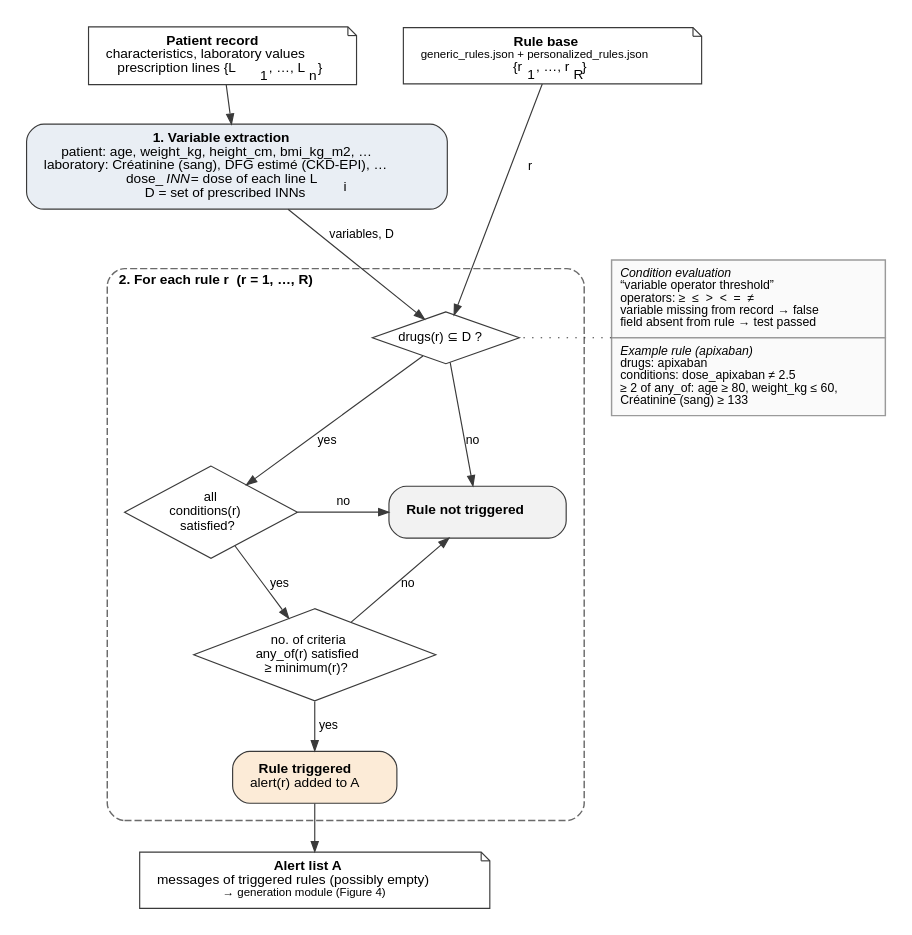
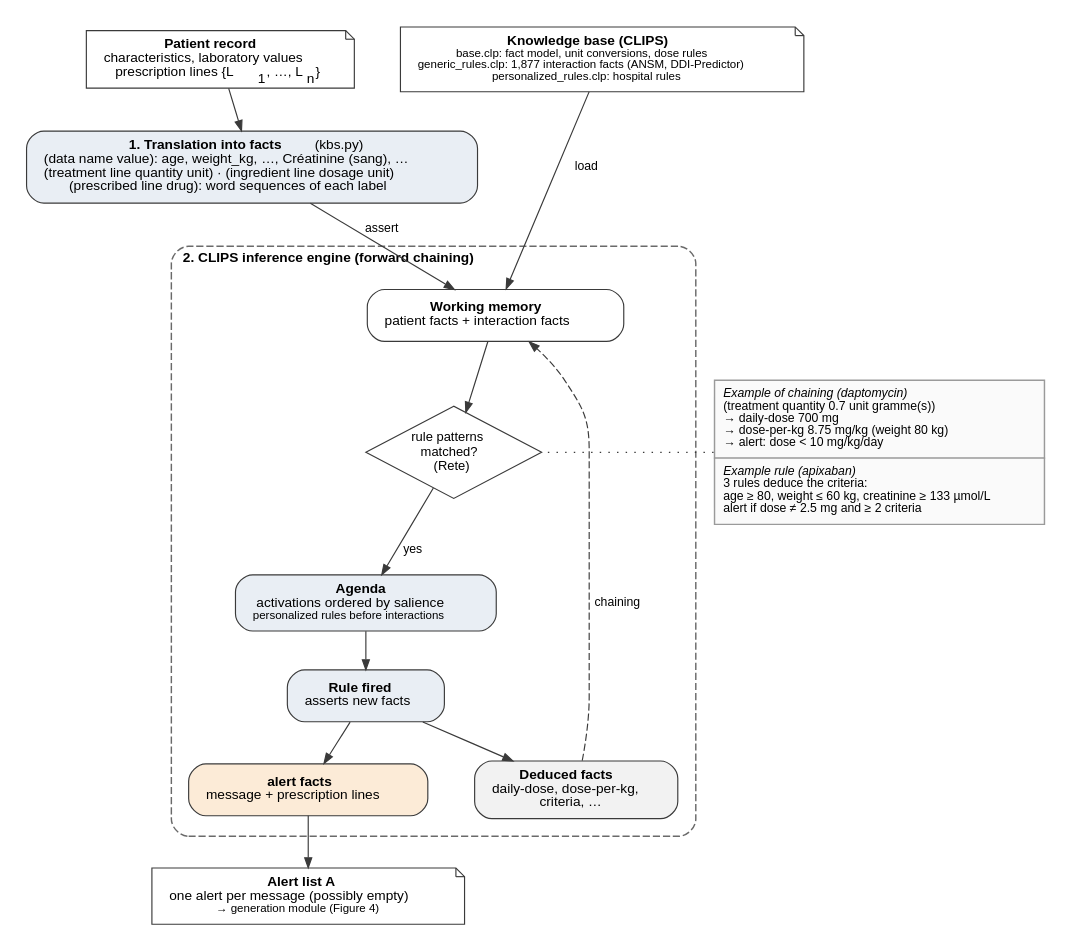
One commit to naikenisen/projet_pui changed the diagram in paper/figures_en/figure_3.dot. Above: the diagram before and after it, drawn with Graphviz. The commit also changed 81 other files, not shown here.

```diff
--- a/paper/figures_en/figure_3.dot
+++ b/paper/figures_en/figure_3.dot
@@ -1,49 +1,47 @@
-// Figure 3 : système à base de connaissances (kbs.py) ; export : dot -Tpdf figure_3.dot -o figure_3.pdf
+// Figure 3 : système à base de connaissances (kbs.py, moteur CLIPS) ; export : dot -Tpdf figure_3.dot -o figure_3.pdf
 digraph kbs {
     graph [rankdir=TB, fontname="Helvetica", fontsize=10, nodesep=0.45, ranksep=0.35, pad=0.15, newrank=true];
     node  [fontname="Helvetica", fontsize=9.5, color="#3A3A3A", penwidth=0.8,
            shape=box, style="rounded,filled", fillcolor="#E9EEF4", margin="0.16,0.08"];
     edge  [fontname="Helvetica", fontsize=8.5, color="#3A3A3A", arrowsize=0.7, penwidth=0.8];
 
     record [shape=note, style=filled, fillcolor="#FFFFFF", label=<<B>Patient record</B><BR/>characteristics, laboratory values<BR/>prescription lines {L<SUB>1</SUB>, …, L<SUB>n</SUB>}>];
-    rules [shape=note, style=filled, fillcolor="#FFFFFF", label=<<B>Rule base</B><BR/><FONT POINT-SIZE="8.5">generic_rules.json + personalized_rules.json</FONT><BR/>{r<SUB>1</SUB>, …, r<SUB>R</SUB>}>];
+    rules [shape=note, style=filled, fillcolor="#FFFFFF", label=<<B>Knowledge base (CLIPS)</B><BR/><FONT POINT-SIZE="8.5">base.clp: fact model, unit conversions, dose rules<BR/>generic_rules.clp: 1,877 interaction facts (ANSM, DDI-Predictor)<BR/>personalized_rules.clp: hospital rules</FONT>>];
     { rank=same; record; rules; }
 
-    variables [label=<<B>1. Variable extraction</B><BR/>patient: age, weight_kg, height_cm, bmi_kg_m2, …<BR/>laboratory: Créatinine (sang), DFG estimé (CKD-EPI), …<BR/>dose_<I>INN</I> = dose of each line L<SUB>i</SUB><BR/>D = set of prescribed INNs>];
+    facts [label=<<B>1. Translation into facts</B> (kbs.py)<BR/>(data name value): age, weight_kg, …, Créatinine (sang), …<BR/>(treatment line quantity unit) · (ingredient line dosage unit)<BR/>(prescribed line drug): word sequences of each label>];
 
-    subgraph cluster_rules {
-        label=<<B>2. For each rule r  (r = 1, …, R)</B>>;
+    subgraph cluster_engine {
+        label=<<B>2. CLIPS inference engine (forward chaining)</B>>;
         labeljust=l; fontsize=9.5; style="dashed,rounded"; color="#6A6A6A"; margin=12;
 
-        node [shape=diamond, style=filled, fillcolor="#FFFFFF", margin="0.02,0.02", fontsize=9];
-        t1 [label=<drugs(r) ⊆ D ?>];
-        t2 [label=<all<BR/>conditions(r)<BR/>satisfied?>];
-        t3 [label=<no. of criteria<BR/>any_of(r) satisfied<BR/>≥ minimum(r)?>];
+        memory [fillcolor="#FFFFFF", label=<<B>Working memory</B><BR/>patient facts + interaction facts>];
+        match [shape=diamond, style=filled, fillcolor="#FFFFFF", margin="0.02,0.02", fontsize=9, label=<rule patterns<BR/>matched?<BR/>(Rete)>];
+        agenda [label=<<B>Agenda</B><BR/>activations ordered by salience<BR/><FONT POINT-SIZE="8.5">personalized rules before interactions</FONT>>];
+        fire [label=<<B>Rule fired</B><BR/>asserts new facts>];
+        derived [fillcolor="#F2F2F2", label=<<B>Deduced facts</B><BR/>daily-dose, dose-per-kg,<BR/>criteria, …>];
+        alert [fillcolor="#FCEBD7", label=<<B>alert facts</B><BR/>message + prescription lines>];
 
-        node [shape=box, style="rounded,filled", margin="0.16,0.08", fontsize=9.5];
-        alert [fillcolor="#FCEBD7", label=<<B>Rule triggered</B><BR/>alert(r) added to A>];
-        rejected  [fillcolor="#F2F2F2", label=<<B>Rule not triggered</B>>];
-
-        t1 -> t2 [label=" yes"];
-        t2 -> t3 [label=" yes"];
-        t3 -> alert [label=" yes"];
-        t1 -> rejected [label="no"];
-        t2 -> rejected [label="no"];
-        t3 -> rejected [label="no"];
-        { rank=same; t2; rejected; }
+        memory -> match;
+        match -> agenda [label=" yes"];
+        agenda -> fire;
+        fire -> derived;
+        fire -> alert;
+        derived -> memory [style=dashed, label=" chaining"];
+        { rank=same; derived; alert; }
     }
 
-    syntax [shape=plain, fontsize=8.5, label=<<TABLE BORDER="0" CELLBORDER="1" CELLSPACING="0" CELLPADDING="5" COLOR="#9A9A9A">
-        <TR><TD ALIGN="LEFT" BGCOLOR="#FAFAFA"><I>Condition evaluation</I><BR ALIGN="LEFT"/>“variable operator threshold”<BR ALIGN="LEFT"/>operators: ≥  ≤  &gt;  &lt;  =  ≠<BR ALIGN="LEFT"/>variable missing from record → false<BR ALIGN="LEFT"/>field absent from rule → test passed<BR ALIGN="LEFT"/></TD></TR>
-        <TR><TD ALIGN="LEFT" BGCOLOR="#FAFAFA"><I>Example rule (apixaban)</I><BR ALIGN="LEFT"/>drugs: apixaban<BR ALIGN="LEFT"/>conditions: dose_apixaban ≠ 2.5<BR ALIGN="LEFT"/>≥ 2 of any_of: age ≥ 80, weight_kg ≤ 60,<BR ALIGN="LEFT"/>Créatinine (sang) ≥ 133<BR ALIGN="LEFT"/></TD></TR>
+    example [shape=plain, fontsize=8.5, label=<<TABLE BORDER="0" CELLBORDER="1" CELLSPACING="0" CELLPADDING="5" COLOR="#9A9A9A">
+        <TR><TD ALIGN="LEFT" BGCOLOR="#FAFAFA"><I>Example of chaining (daptomycin)</I><BR ALIGN="LEFT"/>(treatment quantity 0.7 unit gramme(s))<BR ALIGN="LEFT"/>→ daily-dose 700 mg<BR ALIGN="LEFT"/>→ dose-per-kg 8.75 mg/kg (weight 80 kg)<BR ALIGN="LEFT"/>→ alert: dose &lt; 10 mg/kg/day<BR ALIGN="LEFT"/></TD></TR>
+        <TR><TD ALIGN="LEFT" BGCOLOR="#FAFAFA"><I>Example rule (apixaban)</I><BR ALIGN="LEFT"/>3 rules deduce the criteria:<BR ALIGN="LEFT"/>age ≥ 80, weight ≤ 60 kg, creatinine ≥ 133 µmol/L<BR ALIGN="LEFT"/>alert if dose ≠ 2.5 mg and ≥ 2 criteria<BR ALIGN="LEFT"/></TD></TR>
         </TABLE>>];
-    { rank=same; t1; syntax; }
+    { rank=same; match; example; }
 
-    output [shape=note, style=filled, fillcolor="#FFFFFF", label=<<B>Alert list A</B><BR/>messages of triggered rules (possibly empty)<BR/><FONT POINT-SIZE="8.5">→ generation module (Figure 4)</FONT>>];
+    output [shape=note, style=filled, fillcolor="#FFFFFF", label=<<B>Alert list A</B><BR/>one alert per message (possibly empty)<BR/><FONT POINT-SIZE="8.5">→ generation module (Figure 4)</FONT>>];
 
-    record -> variables;
-    variables -> t1 [label=" variables, D"];
-    rules -> t1 [label=" r"];
-    syntax -> t1 [style=dotted, arrowhead=none];
+    record -> facts;
+    facts -> memory [label=" assert"];
+    rules -> memory [label=" load"];
+    example -> match [style=dotted, arrowhead=none];
     alert -> output;
 }
```
